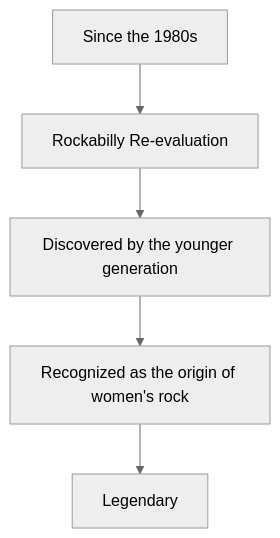
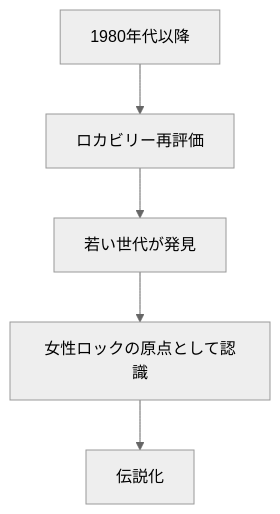
The ninth of 11 diagrams in en/_posts/2026-05-16-column-wanda-jackson.md (monumental-movement/monumental-movement.github.io), drawn with Mermaid (neutral theme) before and after one commit. The commit also changed other lines of this file and 2196 other files, not shown here.

```diff
--- a/en/_posts/2026-05-16-column-wanda-jackson.md
+++ b/en/_posts/2026-05-16-column-wanda-jackson.md
@@ -268,7 +268,7 @@
 <div class="mermaid">
 graph TD
-A["Since the 1980s"] --> B["Rockabilly Re-evaluation"]
-B --> C["Discovered by the younger generation"]
-C --> D["Recognized as the origin of women's rock"]
-D --> E["Legendary"]
+A["1980年代以降"] --> B["ロカビリー再評価"]
+B --> C["若い世代が発見"]
+C --> D["女性ロックの原点として認識"]
+D --> E["伝説化"]
 </div>
```
